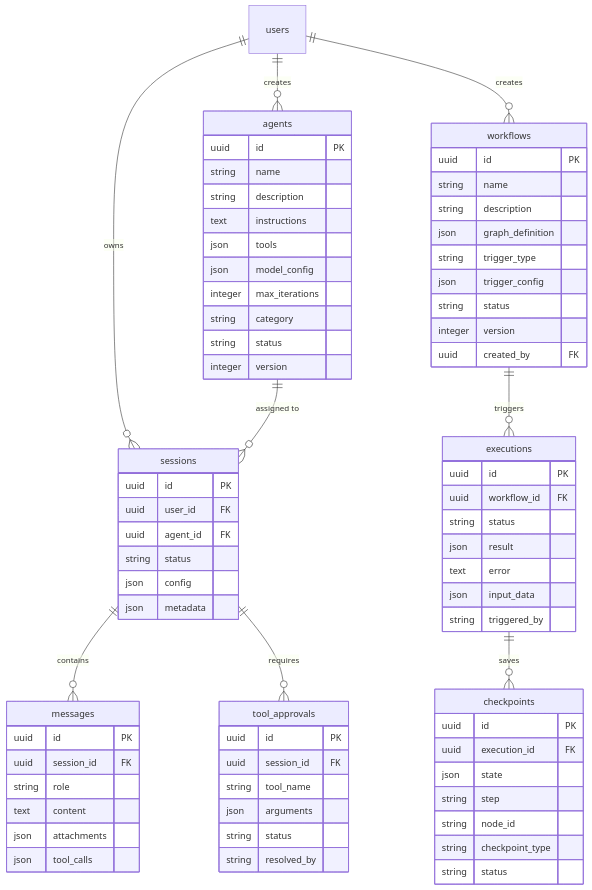
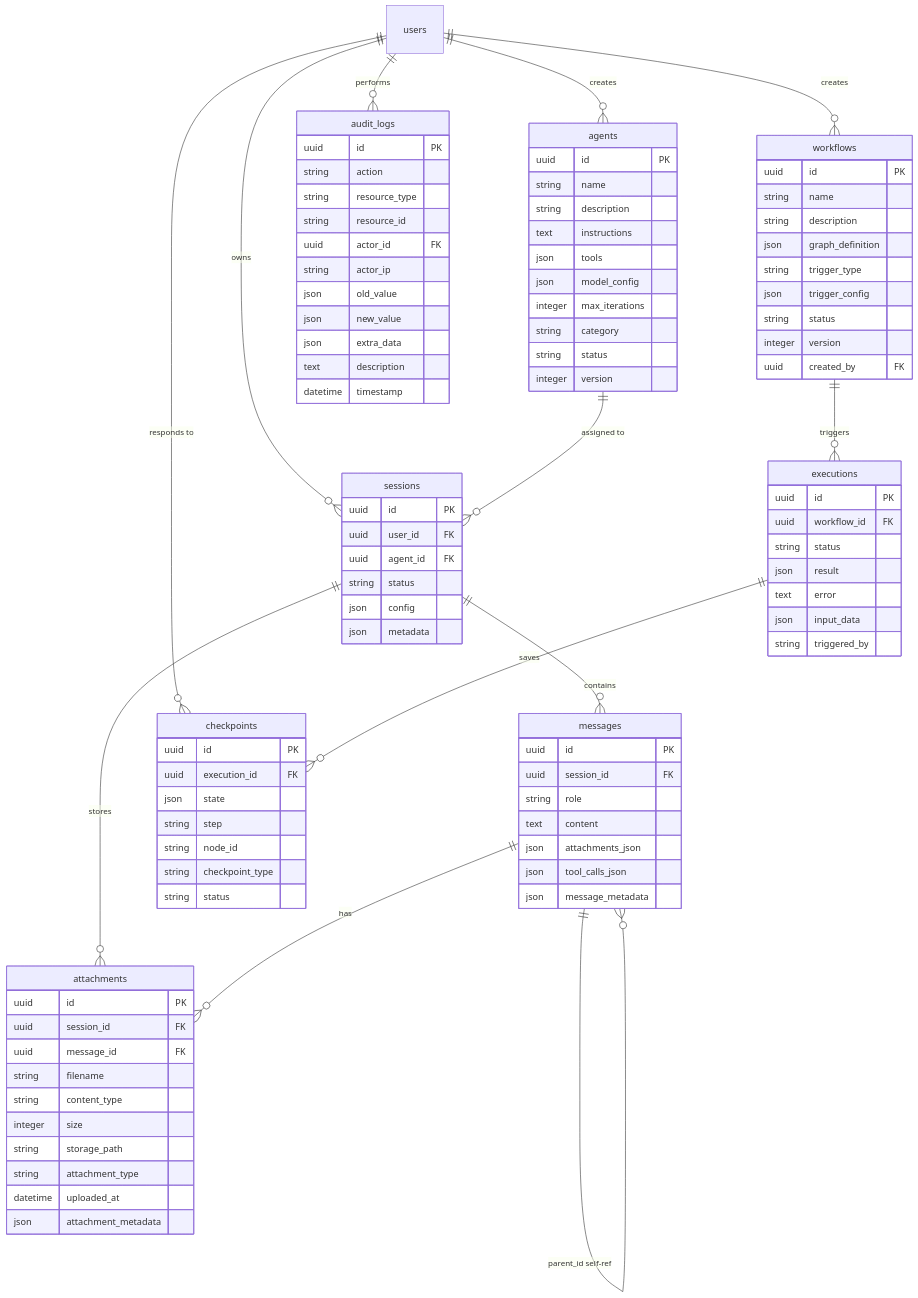
The diagram in docs/07-analysis/V9/08-data-model/data-model-analysis.md (laitim2001/ai-semantic-kernel-framework-project), drawn with Mermaid before and after one commit. The commit also changed other lines of this file and 20 other files, not shown here.

```diff
--- a/docs/07-analysis/V9/08-data-model/data-model-analysis.md
+++ b/docs/07-analysis/V9/08-data-model/data-model-analysis.md
@@ -90,7 +90,7 @@
     }
 
     sessions ||--o{ messages : "contains"
-    sessions ||--o{ tool_approvals : "requires"
+    sessions ||--o{ attachments : "stores"
     sessions {
         uuid id PK
         uuid user_id FK
@@ -100,23 +100,47 @@
         json metadata
     }
 
+    messages ||--o{ attachments : "has"
+    messages ||--o{ messages : "parent_id self-ref"
     messages {
         uuid id PK
         uuid session_id FK
         string role
         text content
-        json attachments
-        json tool_calls
+        json attachments_json
+        json tool_calls_json
+        json message_metadata
     }
 
-    tool_approvals {
+    attachments {
         uuid id PK
         uuid session_id FK
-        string tool_name
-        json arguments
-        string status
-        string resolved_by
+        uuid message_id FK
+        string filename
+        string content_type
+        integer size
+        string storage_path
+        string attachment_type
+        datetime uploaded_at
+        json attachment_metadata
     }
+
+    audit_logs {
+        uuid id PK
+        string action
+        string resource_type
+        string resource_id
+        uuid actor_id FK
+        string actor_ip
+        json old_value
+        json new_value
+        json extra_data
+        text description
+        datetime timestamp
+    }
+
+    users ||--o{ audit_logs : "performs"
+    users ||--o{ checkpoints : "responds to"
 
     workflows ||--o{ executions : "triggers"
     workflows {
```
